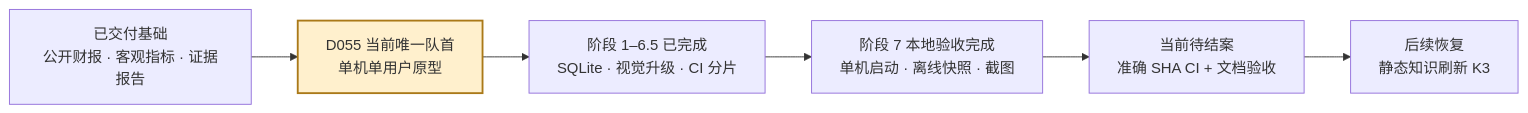
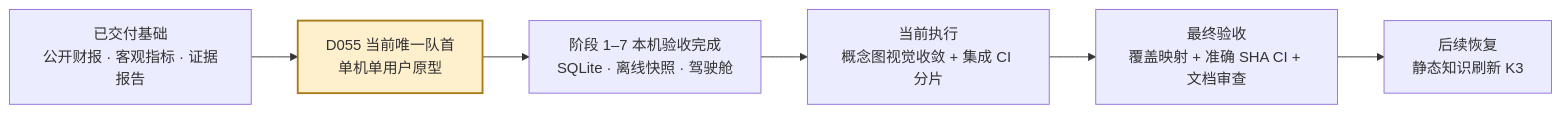
One commit to davyzhong/FLOW changed the tenth of 10 diagrams in README.md. Above: the diagram before and after it, drawn with Mermaid. The commit also changed other lines of this file and 16 other files, not shown here.

````diff
--- a/README.md
+++ b/README.md
@@ -805,9 +805,9 @@
 ```mermaid
 flowchart LR
     A["已交付基础<br/>公开财报 · 客观指标 · 证据报告"] --> B["D055 当前唯一队首<br/>单机单用户原型"]
-    B --> C["阶段 1–6.5 已完成<br/>SQLite · 视觉升级 · CI 分片"]
-    C --> D["阶段 7 本地验收完成<br/>单机启动 · 离线快照 · 截图"]
-    D --> E["当前待结案<br/>准确 SHA CI + 文档验收"]
+    B --> C["阶段 1–7 本机验收完成<br/>SQLite · 离线快照 · 驾驶舱"]
+    C --> D["当前执行<br/>概念图视觉收敛 + 集成 CI 分片"]
+    D --> E["最终验收<br/>覆盖映射 + 准确 SHA CI + 文档审查"]
     E --> F["后续恢复<br/>静态知识刷新 K3"]
     style B fill:#fff0cd,stroke:#aa7918,stroke-width:2px
 ```
````
